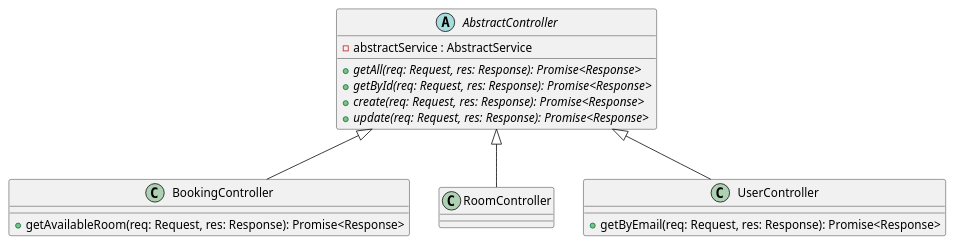
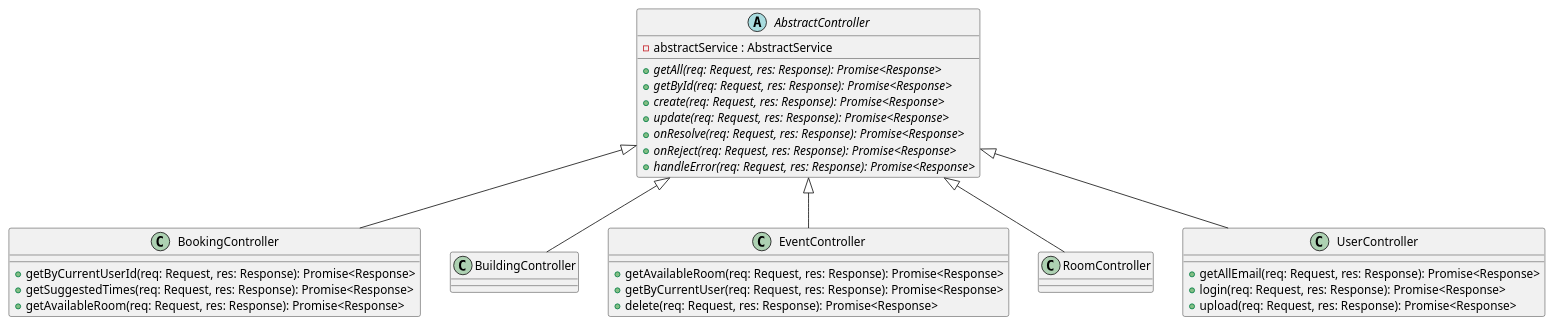
One commit to matata233/Room-Booking-System changed the diagram in backend/uml/controller.puml. Above: the diagram before and after it, drawn with PlantUML. The commit also changed 6 other files, not shown here.

Commit message:
1.remove unnessary comment 2. update authenticator with a reasonable key 3. update uml diagrams

```diff
--- a/backend/uml/controller.puml
+++ b/backend/uml/controller.puml
@@ -1,26 +1,43 @@
 @startuml
 
 ' Abstract classes
 
 abstract class AbstractController {
     {abstract} +getAll(req: Request, res: Response): Promise<Response>
     {abstract} +getById(req: Request, res: Response): Promise<Response>
     {abstract} +create(req: Request, res: Response): Promise<Response>
     {abstract} +update(req: Request, res: Response): Promise<Response>
-
+    {abstract} +onResolve(req: Request, res: Response): Promise<Response>
+    {abstract} +onReject(req: Request, res: Response): Promise<Response>
+    {abstract} +handleError(req: Request, res: Response): Promise<Response>
     -abstractService : AbstractService
 }
 
 ' Concrete controller classes
 class BookingController extends AbstractController {
+    +getByCurrentUserId(req: Request, res: Response): Promise<Response>
+    +getSuggestedTimes(req: Request, res: Response): Promise<Response>
     +getAvailableRoom(req: Request, res: Response): Promise<Response>
+}
+
+
+class BuildingController extends AbstractController {
+}
+
+
+class EventController extends AbstractController {
+    +getAvailableRoom(req: Request, res: Response): Promise<Response>
+    +getByCurrentUser(req: Request, res: Response): Promise<Response>
+    +delete(req: Request, res: Response): Promise<Response>
 }
 
 class RoomController extends AbstractController {
 }
 
 class UserController extends AbstractController {
-+getByEmail(req: Request, res: Response): Promise<Response>
+    +getAllEmail(req: Request, res: Response): Promise<Response>
+    +login(req: Request, res: Response): Promise<Response>
+    +upload(req: Request, res: Response): Promise<Response>
 }
 
 @enduml
```
